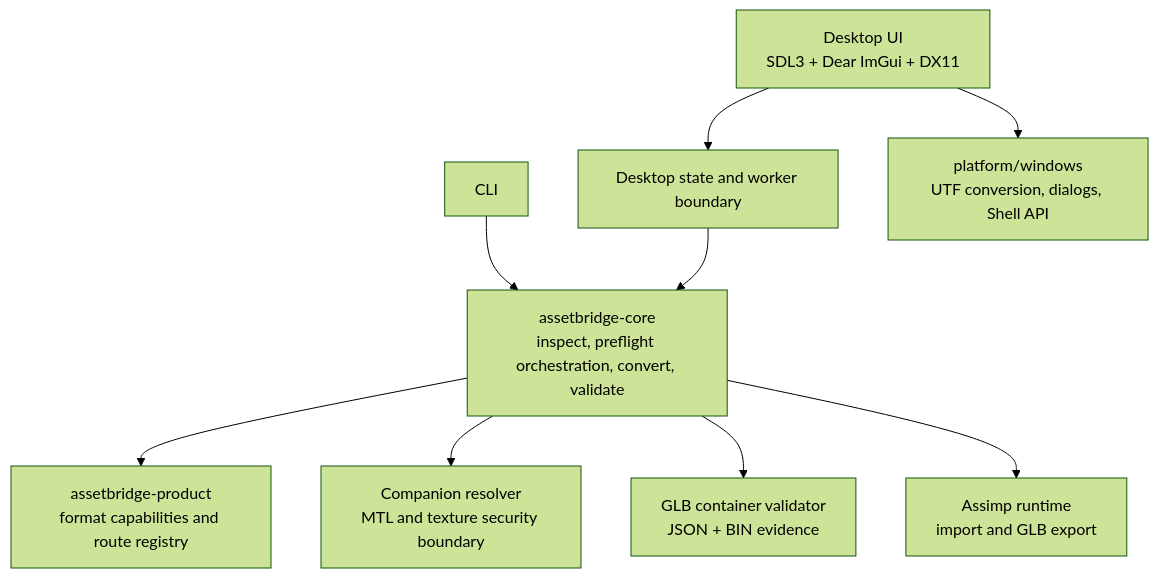
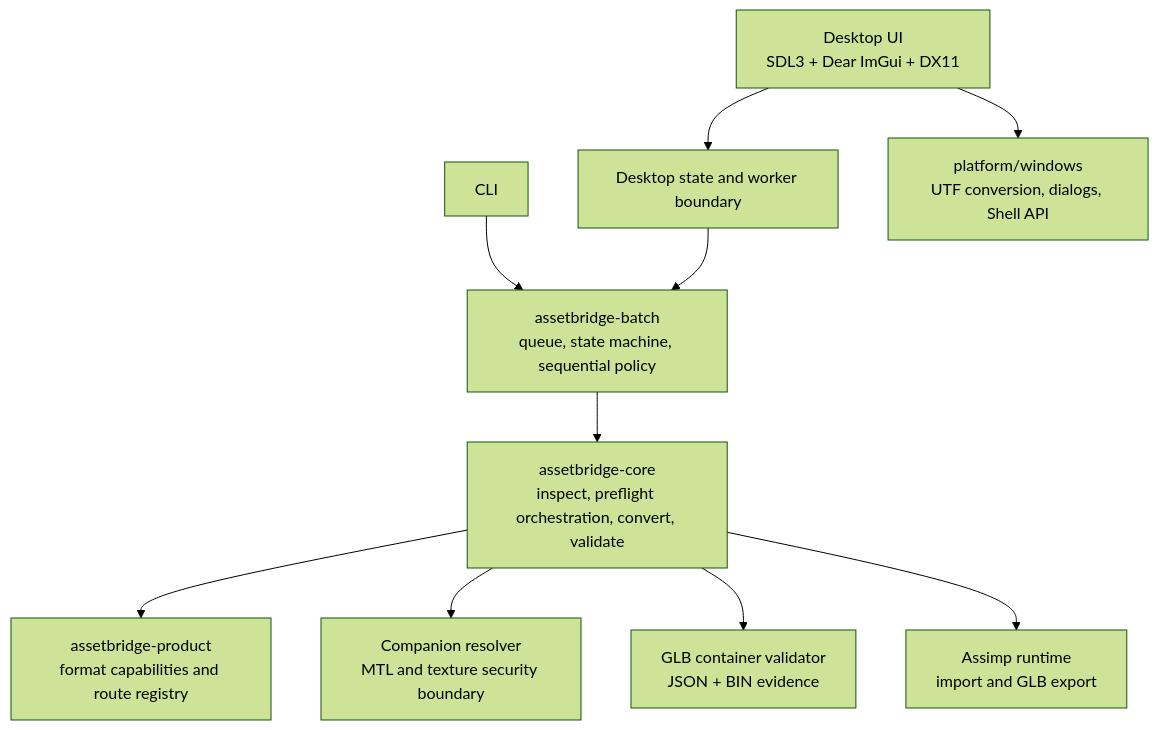
Before and after one commit to Fuyan-TA/AssetBridge: the diagram in docs/ARCHITECTURE.md, drawn with Mermaid (forest theme). The commit also changed other lines of this file and 5 other files, not shown here.

````diff
--- a/docs/ARCHITECTURE.md
+++ b/docs/ARCHITECTURE.md
@@ -7,11 +7,12 @@
 ```mermaid
 flowchart TD
     Desktop["Desktop UI<br/>SDL3 + Dear ImGui + DX11"] --> DesktopModel["Desktop state and worker boundary"]
-    CLI["CLI"] --> Core["assetbridge-core<br/>inspect, preflight orchestration, convert, validate"]
-    DesktopModel --> Core
+    CLI["CLI"] --> Batch["assetbridge-batch<br/>queue, state machine, sequential policy"]
+    DesktopModel --> Batch
+    Batch --> Core["assetbridge-core<br/>inspect, preflight orchestration, convert, validate"]
     Core --> Product["assetbridge-product<br/>format capabilities and route registry"]
     Core --> Companion["Companion resolver<br/>MTL and texture security boundary"]
     Core --> Container["GLB container validator<br/>JSON + BIN evidence"]
     Core --> Assimp["Assimp runtime<br/>import and GLB export"]
     Desktop --> Platform["platform/windows<br/>UTF conversion, dialogs, Shell API"]
 ```
````
